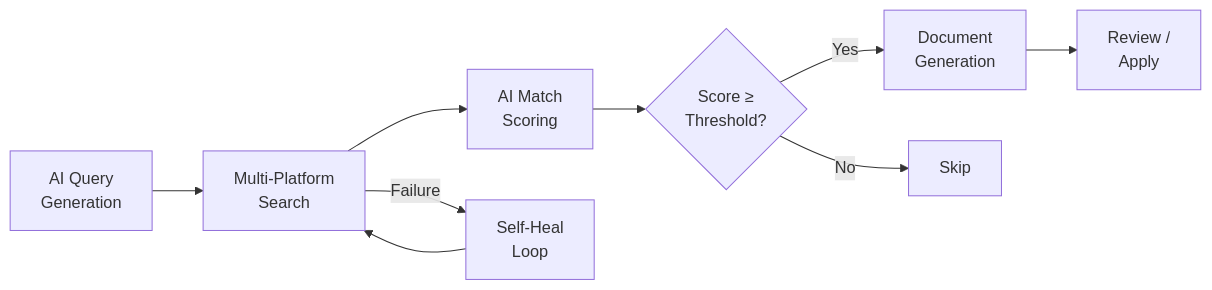
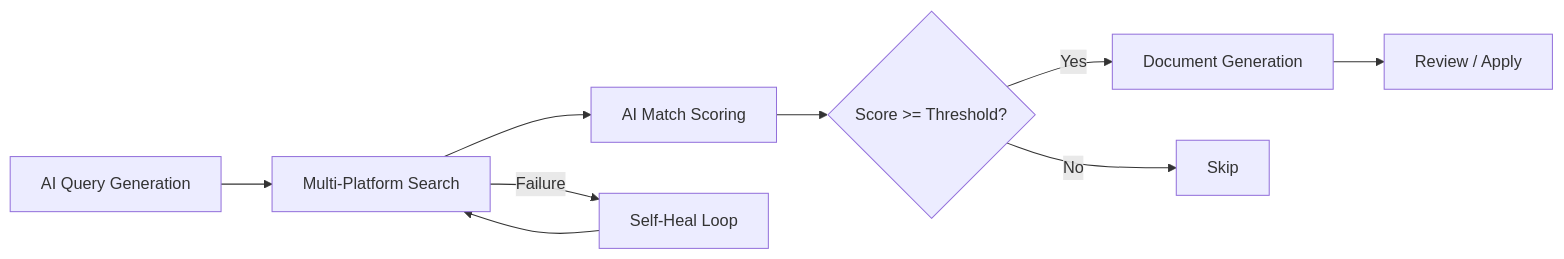
Before and after one commit to web3ToolBoxDev/toolBoxClient: the first of 2 diagrams in README.md, drawn with Mermaid. The commit also changed other lines of this file, not shown here.

First line of the commit message:
fix(docs): fix Mermaid syntax errors in README architecture diagram

````diff
--- a/README.md
+++ b/README.md
@@ -72,11 +69,11 @@
 ```mermaid
 flowchart LR
-    A[AI Query<br/>Generation] --> B[Multi-Platform<br/>Search]
-    B --> C[AI Match<br/>Scoring]
-    C --> D{Score ≥<br/>Threshold?}
-    D -->|Yes| E[Document<br/>Generation]
+    A[AI Query Generation] --> B[Multi-Platform Search]
+    B --> C[AI Match Scoring]
+    C --> D{Score >= Threshold?}
+    D -->|Yes| E[Document Generation]
     D -->|No| F[Skip]
-    E --> G[Review /<br/>Apply]
-    B -->|Failure| H[Self-Heal<br/>Loop]
+    E --> G[Review / Apply]
+    B -->|Failure| H[Self-Heal Loop]
     H --> B
 ```
````
